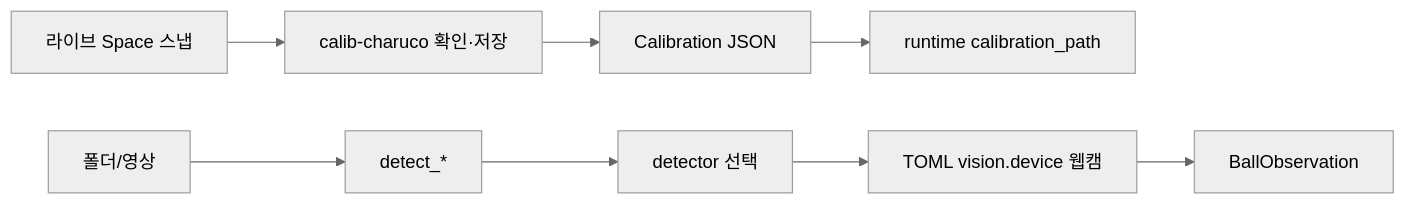
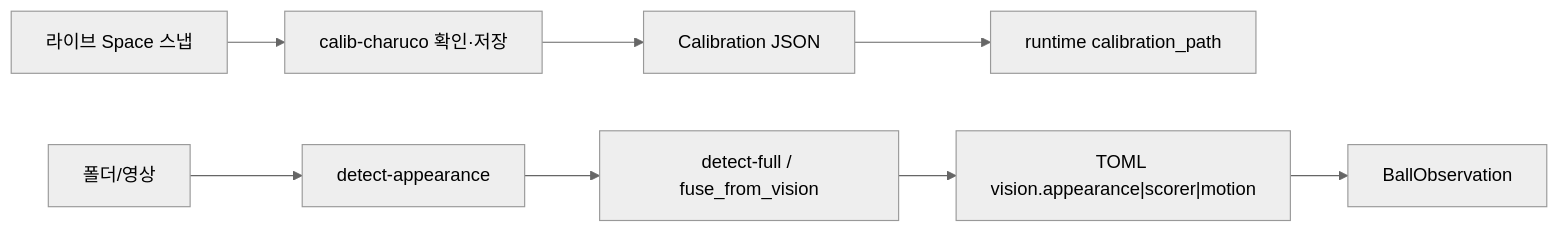
Before and after one commit to luv-all/pingpong-bot: the fourth of 4 diagrams in README.md, drawn with Mermaid (neutral theme). The commit also changed other lines of this file and 5 other files, not shown here.

First line of the commit message:
docs: fuse nested vision과 detect 툴 구조 동기화

````diff
--- a/README.md
+++ b/README.md
@@ -318,8 +313,8 @@
 ```mermaid
 flowchart LR
   boards["라이브 Space 스냅"] --> calib["calib-charuco 확인·저장"] --> json["Calibration JSON"]
-  frames["폴더/영상"] --> detect["detect_*"] --> pick["detector 선택"]
+  frames["폴더/영상"] --> appearance["detect-appearance"] --> full["detect-full / fuse_from_vision"]
   json --> runtime["runtime calibration_path"]
-  pick --> vision["TOML vision.device 웹캠"]
+  full --> vision["TOML vision.appearance|scorer|motion"]
   vision --> obs["BallObservation"]
 ```
````
